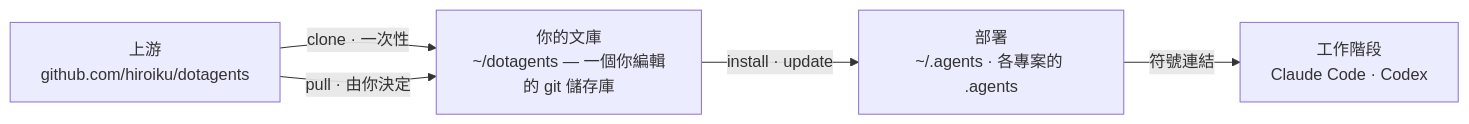
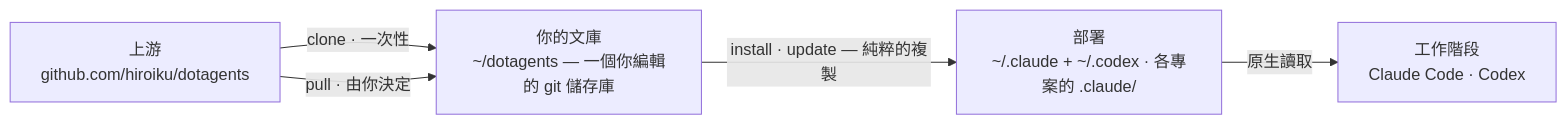
The diagram in docs/README.zh-TW.md (hiroiku/dotagents), drawn with Mermaid before and after one commit. The commit also changed other lines of this file and 18 other files, not shown here.

````diff
--- a/docs/README.zh-TW.md
+++ b/docs/README.zh-TW.md
@@ -18,11 +18,11 @@
 ```mermaid
 flowchart LR
     UP["上游<br>github.com/hiroiku/dotagents"]
     C["你的文庫<br>~/dotagents — 一個你編輯的 git 儲存庫"]
-    A["部署<br>~/.agents · 各專案的 .agents"]
+    A["部署<br>~/.claude + ~/.codex · 各專案的 .claude/"]
     S["工作階段<br>Claude Code · Codex"]
     UP -->|"clone · 一次性"| C
     UP -->|"pull · 由你決定"| C
-    C -->|"install · update"| A
-    A -->|"符號連結"| S
+    C -->|"install · update — 純粹的複製"| A
+    A -->|"原生讀取"| S
 ```
````
